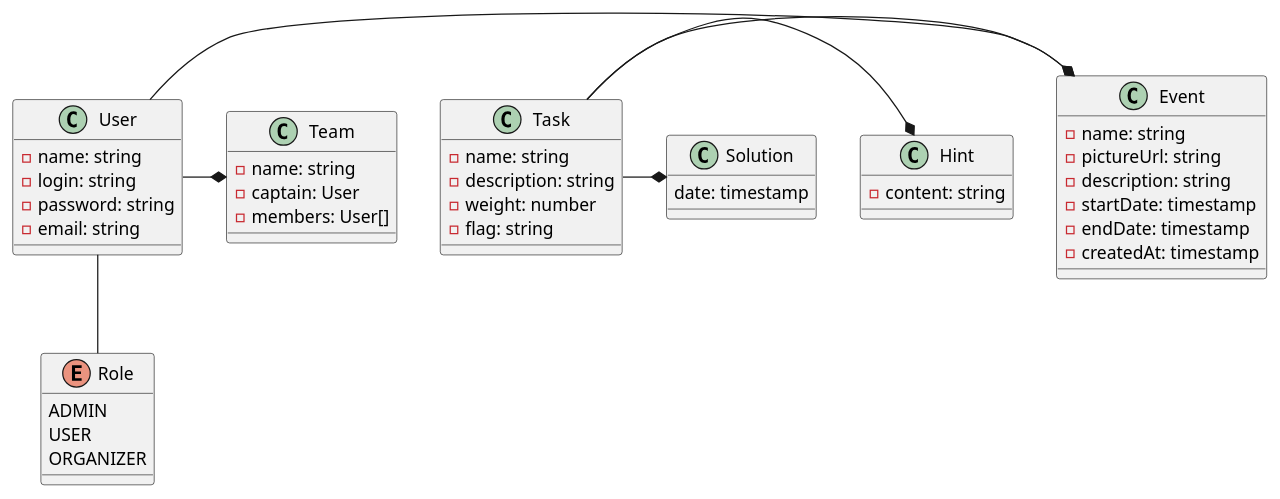
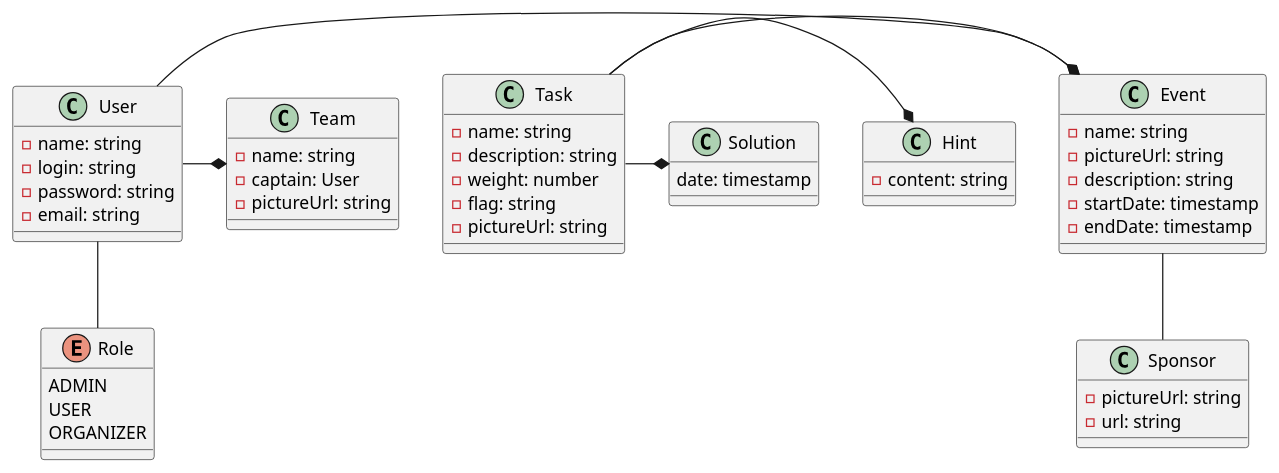
One commit to LifeLaboratory/Task_platform_frontend changed the diagram in doc/entities.puml. Above: the diagram before and after it, drawn with PlantUML.

Commit message:
Documentation: update entities puml

```diff
--- a/doc/entities.puml
+++ b/doc/entities.puml
@@ -1,62 +1,61 @@
 @startuml
 
 class User {
     -name: string
     -login: string
     -password: string
     -email: string
 }
 
 class Event {
     -name: string
     -pictureUrl: string
     -description: string
     -startDate: timestamp
     -endDate: timestamp
-    -createdAt: timestamp
-
-
-/'
-//todo org
-'/
-
 }
 
 class Team {
     -name: string
     -captain: User
-    -members: User[]
+    -pictureUrl: string
 }
 
 class Task {
     -name: string
     -description: string
     -weight: number
     -flag: string
+    -pictureUrl: string
 }
 
 class Solution {
     date: timestamp
 }
 
 class Hint {
     -content: string
 }
 
+class Sponsor {
+    -pictureUrl: string
+    -url: string
+}
 
 enum Role {
     ADMIN
     USER
     ORGANIZER
 }
 
 
 User -* Event
 User -* Team
 User -- Role
+Event -- Sponsor
 Task -down* Event
 Task -* Hint
 Task -* Solution
 
 
 @enduml
```
